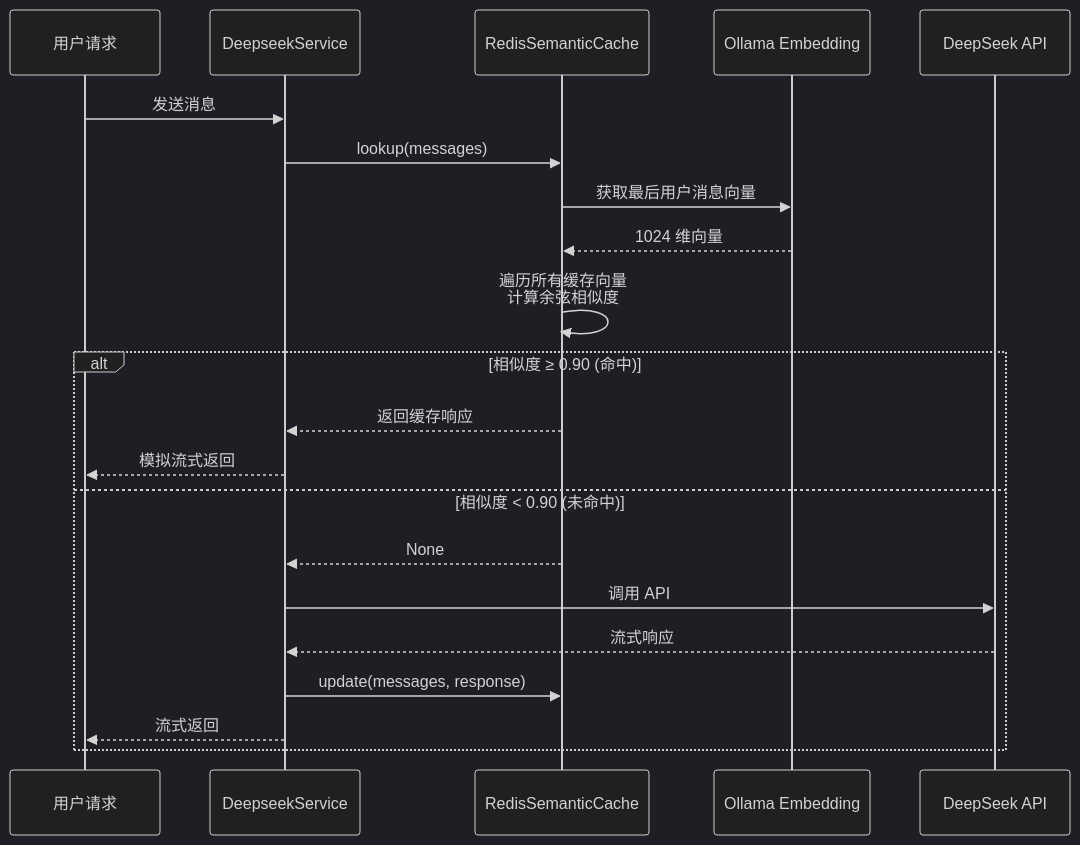
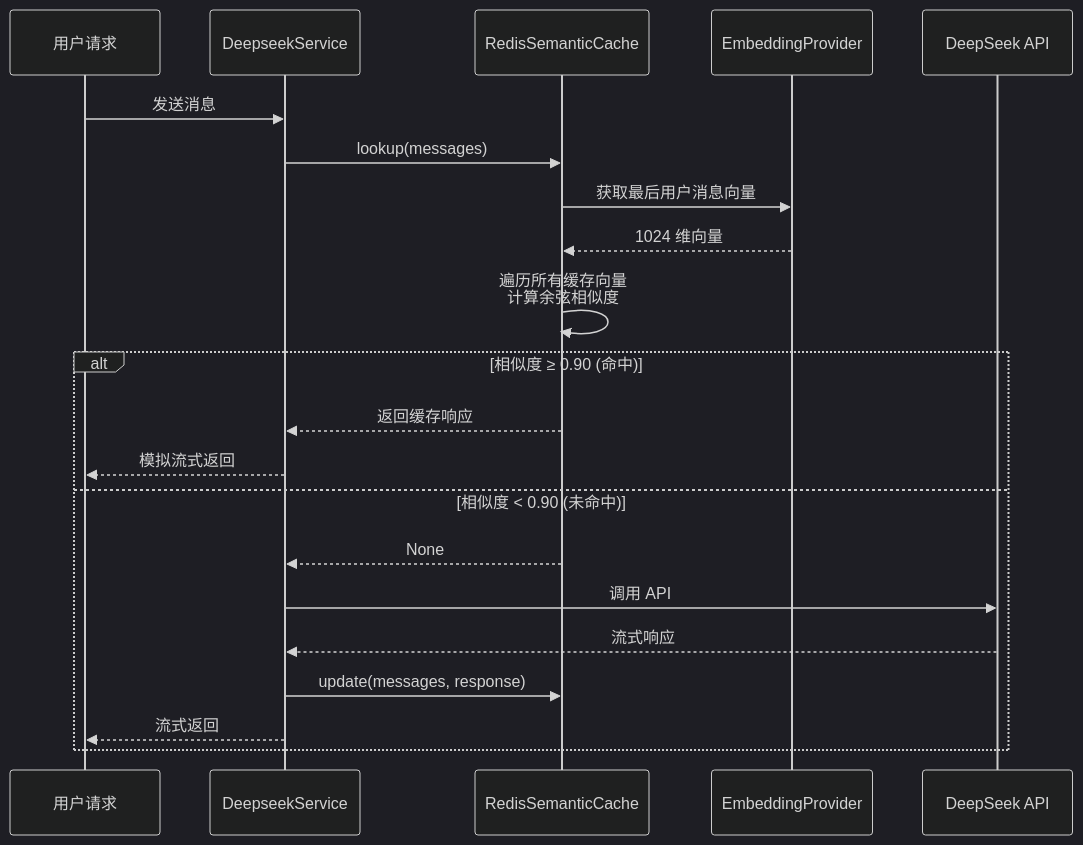
The third of 10 diagrams in docs/PROJECT_ANALYSIS.md (blowt16/SmartCS-Agent), drawn with Mermaid (dark theme) before and after one commit. The commit also changed other lines of this file, not shown here.

````diff
--- a/docs/PROJECT_ANALYSIS.md
+++ b/docs/PROJECT_ANALYSIS.md
@@ -270,24 +269,24 @@
 ```mermaid
 sequenceDiagram
     participant User as 用户请求
     participant Service as DeepseekService
     participant Cache as RedisSemanticCache
-    participant Embed as Ollama Embedding
+    participant Embed as EmbeddingProvider
     participant LLM as DeepSeek API
 
     User->>Service: 发送消息
     Service->>Cache: lookup(messages)
     Cache->>Embed: 获取最后用户消息向量
     Embed-->>Cache: 1024 维向量
     Cache->>Cache: 遍历所有缓存向量<br/>计算余弦相似度
     alt 相似度 ≥ 0.90 (命中)
         Cache-->>Service: 返回缓存响应
         Service-->>User: 模拟流式返回
     else 相似度 < 0.90 (未命中)
         Cache-->>Service: None
         Service->>LLM: 调用 API
         LLM-->>Service: 流式响应
         Service->>Cache: update(messages, response)
         Service-->>User: 流式返回
     end
 ```
````
